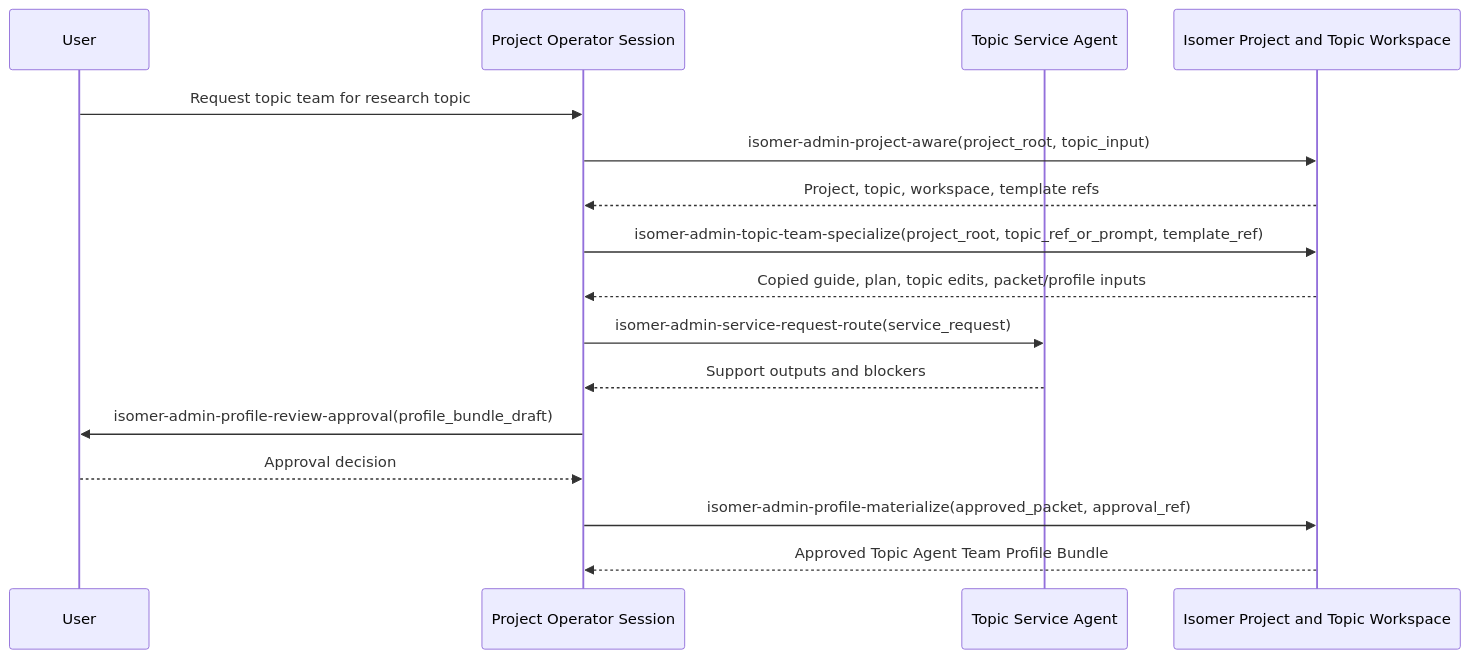
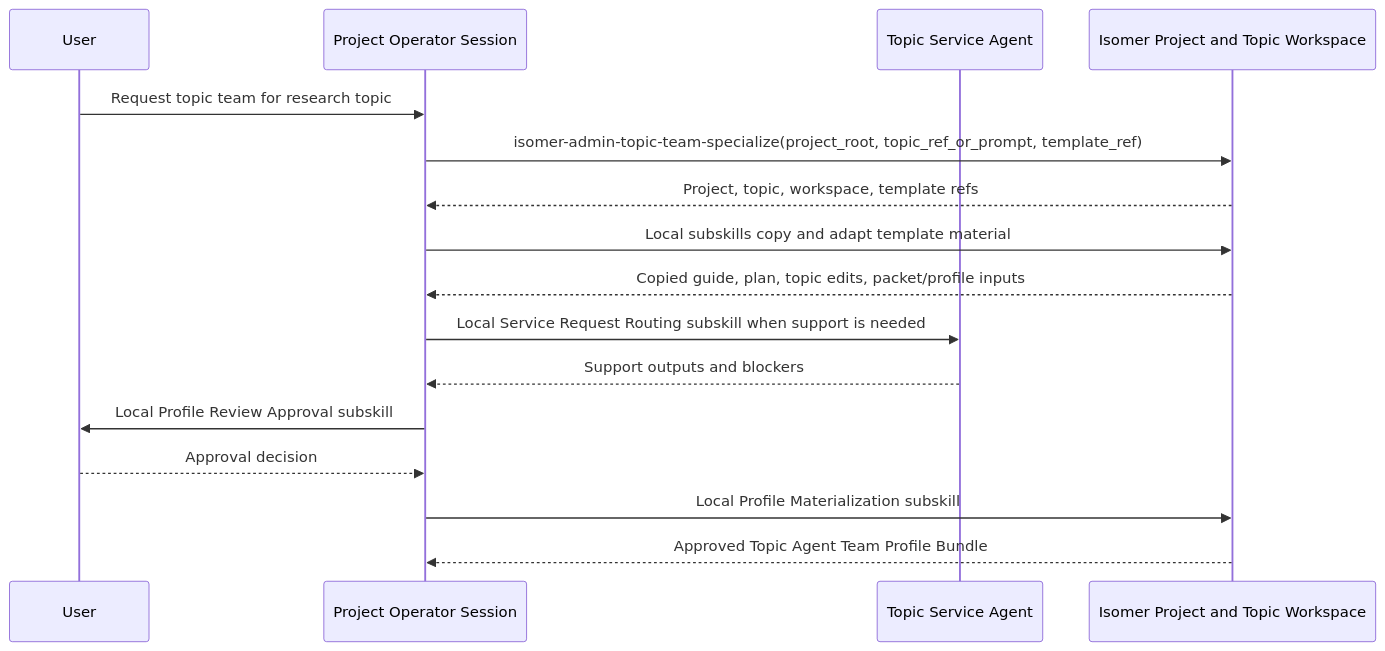
One commit to CodeGandee/isomer-labs changed the first of 2 diagrams in skillset/operator/README.md. Above: the diagram before and after it, drawn with Mermaid. The commit also changed other lines of this file and 28 other files, not shown here.

Commit message:
refactor: consolidate topic team specialization skill

````diff
--- a/skillset/operator/README.md
+++ b/skillset/operator/README.md
@@ -32,19 +21,19 @@
 ```mermaid
 sequenceDiagram
     participant User
     participant Operator as Project Operator Session
     participant Service as Topic Service Agent
     participant Store as Isomer Project and Topic Workspace
 
     User->>Operator: Request topic team for research topic
-    Operator->>Store: isomer-admin-project-aware(project_root, topic_input)
+    Operator->>Store: isomer-admin-topic-team-specialize(project_root, topic_ref_or_prompt, template_ref)
     Store-->>Operator: Project, topic, workspace, template refs
-    Operator->>Store: isomer-admin-topic-team-specialize(project_root, topic_ref_or_prompt, template_ref)
+    Operator->>Store: Local subskills copy and adapt template material
     Store-->>Operator: Copied guide, plan, topic edits, packet/profile inputs
-    Operator->>Service: isomer-admin-service-request-route(service_request)
+    Operator->>Service: Local Service Request Routing subskill when support is needed
     Service-->>Operator: Support outputs and blockers
-    Operator->>User: isomer-admin-profile-review-approval(profile_bundle_draft)
+    Operator->>User: Local Profile Review Approval subskill
     User-->>Operator: Approval decision
-    Operator->>Store: isomer-admin-profile-materialize(approved_packet, approval_ref)
+    Operator->>Store: Local Profile Materialization subskill
     Store-->>Operator: Approved Topic Agent Team Profile Bundle
 ```
````
